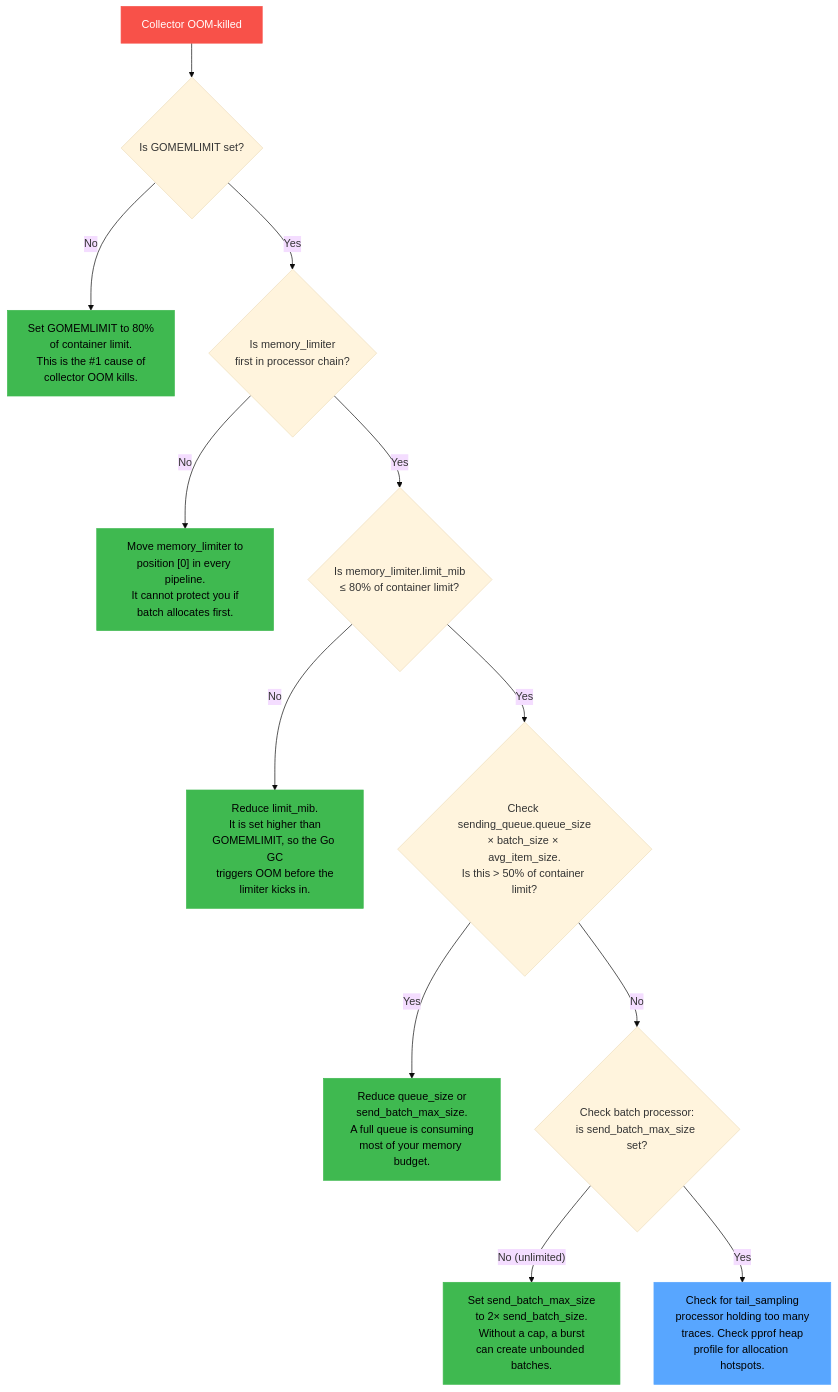
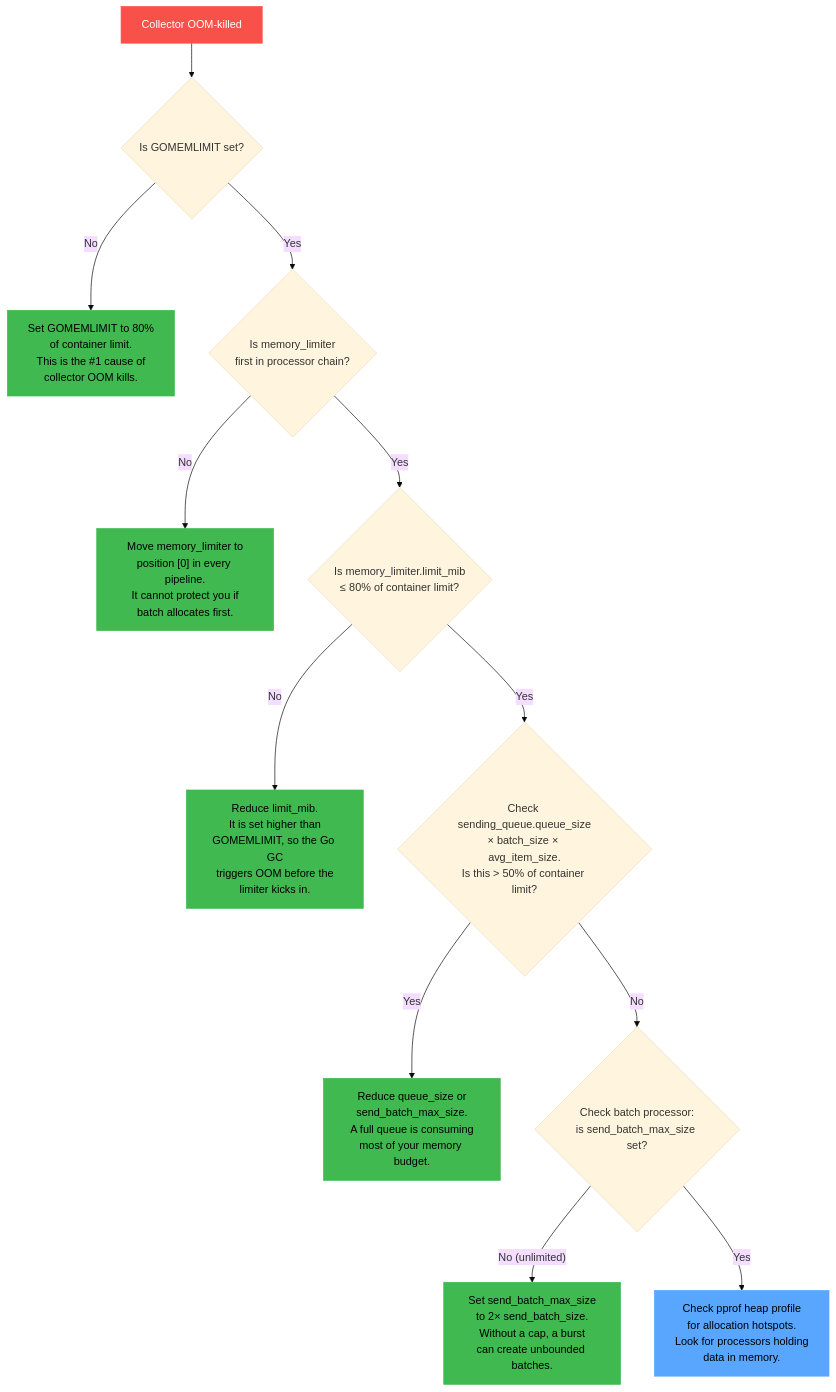
The second of 2 diagrams in 06-tuning-production.md (andy-dufour/otel-collector-guide), drawn with Mermaid (base theme) before and after one commit. The commit also changed other lines of this file and 11 other files, not shown here.

Commit message:
Remove tail sampling recommendations — not production-ready

````diff
--- a/06-tuning-production.md
+++ b/06-tuning-production.md
@@ -141,32 +141,32 @@
 ```mermaid
 flowchart TD
     START["Collector OOM-killed"] --> Q1{"Is GOMEMLIMIT set?"}
 
     Q1 -->|"No"| FIX1["Set GOMEMLIMIT to 80%<br/>of container limit.<br/>This is the #1 cause of<br/>collector OOM kills."]
 
     Q1 -->|"Yes"| Q2{"Is memory_limiter<br/>first in processor chain?"}
 
     Q2 -->|"No"| FIX2["Move memory_limiter to<br/>position [0] in every pipeline.<br/>It cannot protect you if<br/>batch allocates first."]
 
     Q2 -->|"Yes"| Q3{"Is memory_limiter.limit_mib<br/>≤ 80% of container limit?"}
 
     Q3 -->|"No"| FIX3["Reduce limit_mib.<br/>It is set higher than<br/>GOMEMLIMIT, so the Go GC<br/>triggers OOM before the<br/>limiter kicks in."]
 
     Q3 -->|"Yes"| Q4{"Check sending_queue.queue_size<br/>× batch_size × avg_item_size.<br/>Is this > 50% of container limit?"}
 
     Q4 -->|"Yes"| FIX4["Reduce queue_size or<br/>send_batch_max_size.<br/>A full queue is consuming<br/>most of your memory budget."]
 
     Q4 -->|"No"| Q5{"Check batch processor:<br/>is send_batch_max_size set?"}
 
     Q5 -->|"No (unlimited)"| FIX5["Set send_batch_max_size<br/>to 2× send_batch_size.<br/>Without a cap, a burst<br/>can create unbounded batches."]
 
-    Q5 -->|"Yes"| Q6["Check for tail_sampling<br/>processor holding too many<br/>traces. Check pprof heap<br/>profile for allocation hotspots."]
+    Q5 -->|"Yes"| Q6["Check pprof heap profile<br/>for allocation hotspots.<br/>Look for processors holding<br/>data in memory."]
 
     style START fill:#f85149,stroke:#f85149,color:#fff
     style FIX1 fill:#3fb950,stroke:#3fb950,color:#000
     style FIX2 fill:#3fb950,stroke:#3fb950,color:#000
     style FIX3 fill:#3fb950,stroke:#3fb950,color:#000
     style FIX4 fill:#3fb950,stroke:#3fb950,color:#000
     style FIX5 fill:#3fb950,stroke:#3fb950,color:#000
     style Q6 fill:#58a6ff,stroke:#58a6ff,color:#000
 ```
````
